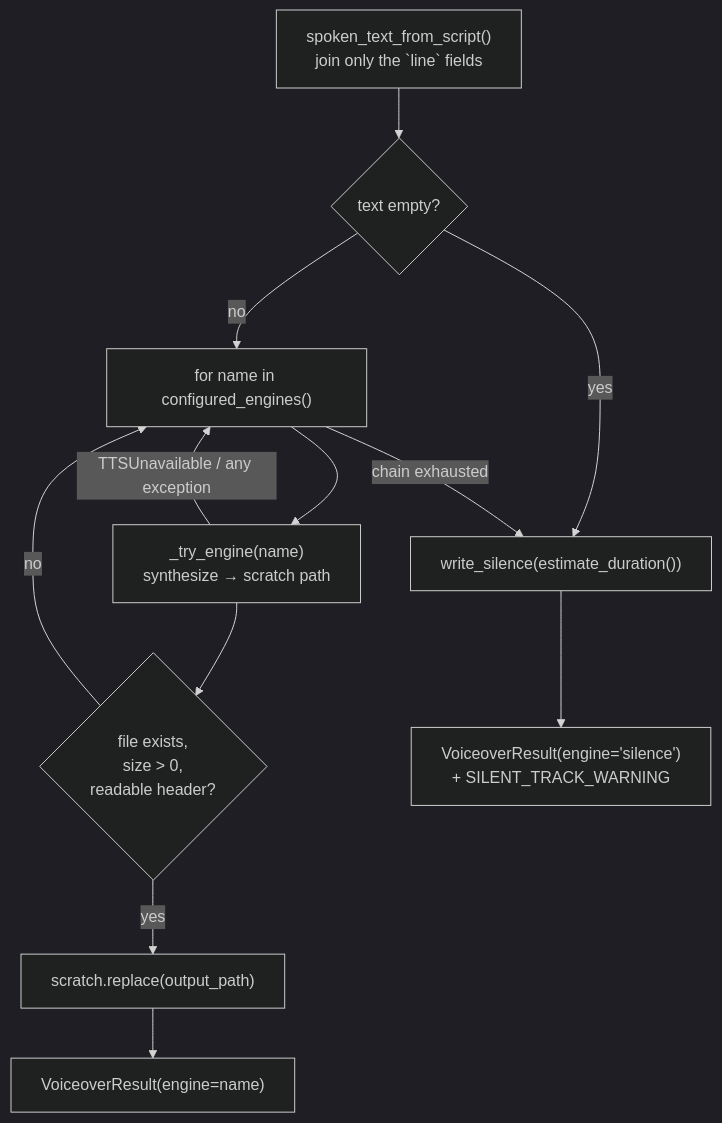
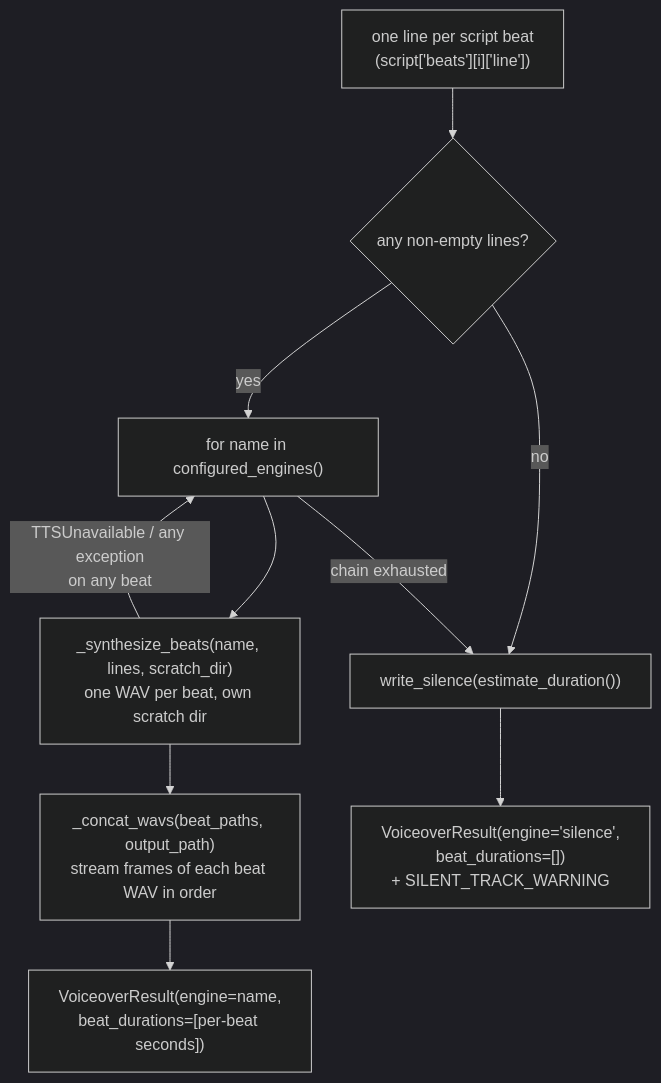
Before and after one commit to Shyamsundarkanaka/AI-Powered-Marketing-Content-Generation: the eighth of 11 diagrams in docs/PROJECT_DOCUMENTATION.md, drawn with Mermaid (dark theme). The commit also changed other lines of this file and 1 other file, not shown here.

````diff
--- a/docs/PROJECT_DOCUMENTATION.md
+++ b/docs/PROJECT_DOCUMENTATION.md
@@ -1521,14 +1536,12 @@
 ```mermaid
 flowchart TD
-    S["spoken_text_from_script()<br/>join only the `line` fields"] --> E{"text empty?"}
-    E -->|yes| SIL
-    E -->|no| L["for name in configured_engines()"]
-    L --> T["_try_engine(name)<br/>synthesize → scratch path"]
-    T -->|"TTSUnavailable / any exception"| L
-    T --> V{"file exists,<br/>size > 0,<br/>readable header?"}
-    V -->|no| L
-    V -->|yes| MV["scratch.replace(output_path)"]
-    MV --> OK["VoiceoverResult(engine=name)"]
+    S["one line per script beat<br/>(script['beats'][i]['line'])"] --> E{"any non-empty lines?"}
+    E -->|no| SIL
+    E -->|yes| L["for name in configured_engines()"]
+    L --> SB["_synthesize_beats(name, lines, scratch_dir)<br/>one WAV per beat, own scratch dir"]
+    SB -->|"TTSUnavailable / any exception<br/>on any beat"| L
+    SB --> CC["_concat_wavs(beat_paths, output_path)<br/>stream frames of each beat WAV in order"]
+    CC --> OK["VoiceoverResult(engine=name,<br/>beat_durations=[per-beat seconds])"]
     L -->|"chain exhausted"| SIL["write_silence(estimate_duration())"]
-    SIL --> W["VoiceoverResult(engine='silence')<br/>+ SILENT_TRACK_WARNING"]
+    SIL --> W["VoiceoverResult(engine='silence',<br/>beat_durations=[])<br/>+ SILENT_TRACK_WARNING"]
 ```
````
